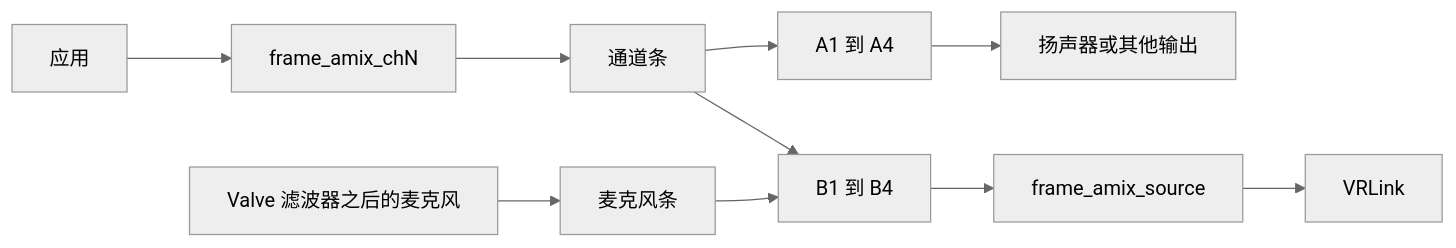
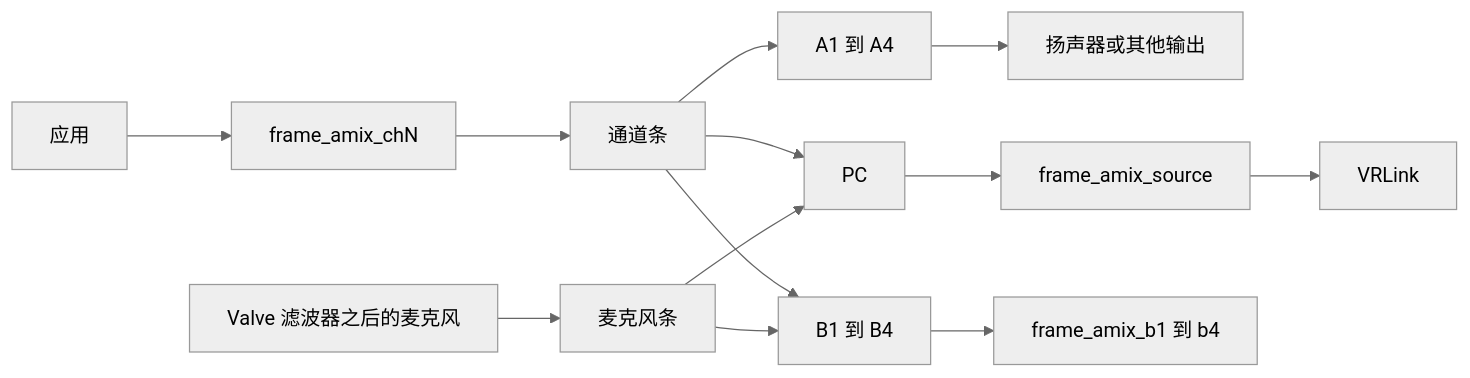
One commit to marcus-universe/frame-audio-mixer changed the diagram in docs/how-it-works.sc.md. Above: the diagram before and after it, drawn with Mermaid (neutral theme). The commit also changed other lines of this file and 42 other files, not shown here.

````diff
--- a/docs/how-it-works.sc.md
+++ b/docs/how-it-works.sc.md
@@ -7,12 +7,15 @@
 ```mermaid
 flowchart LR
   appA[应用] --> chSink["frame_amix_chN"]
   micSrc["Valve 滤波器之后的麦克风"] --> micStrip["麦克风条"]
   chSink --> chStrip["通道条"]
   chStrip --> busA["A1 到 A4"]
+  chStrip --> busPc["PC"]
   chStrip --> busB["B1 到 B4"]
+  micStrip --> busPc
   micStrip --> busB
   busA --> speakers["扬声器或其他输出"]
-  busB --> frameMix["frame_amix_source"]
+  busPc --> frameMix["frame_amix_source"]
+  busB --> virtualMics["frame_amix_b1 到 b4"]
   frameMix --> vrlink["VRLink"]
 ```
````
